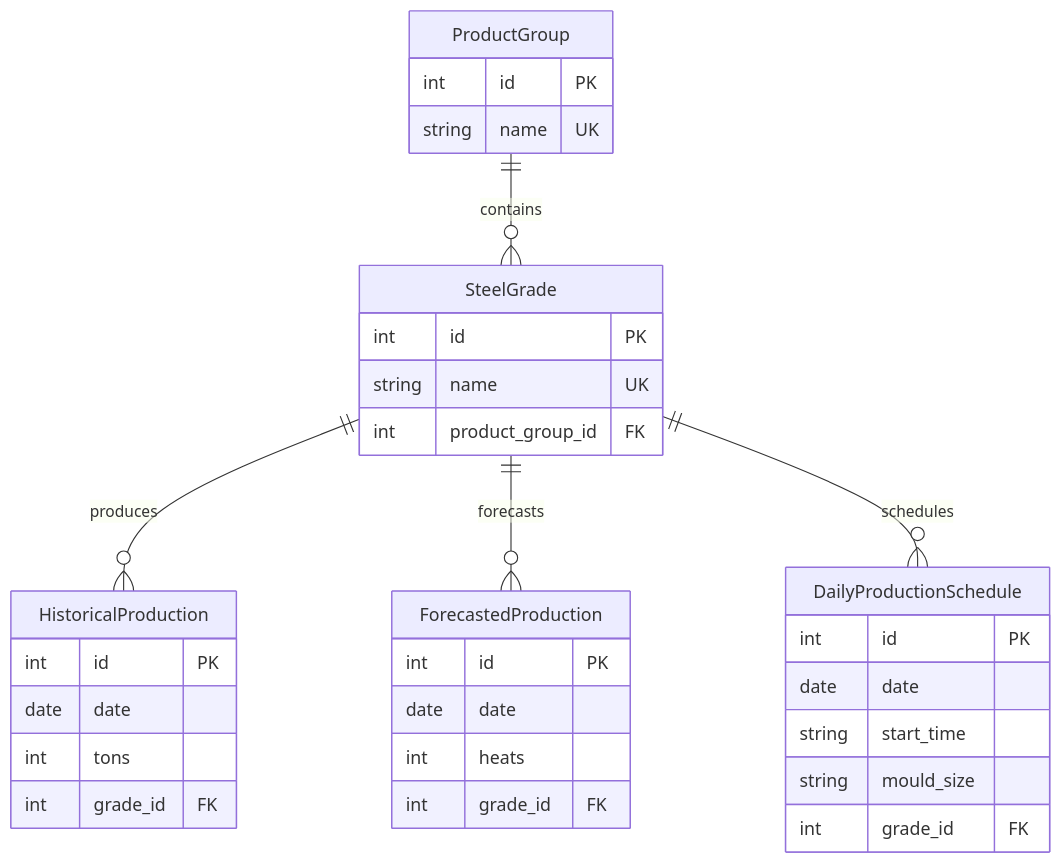
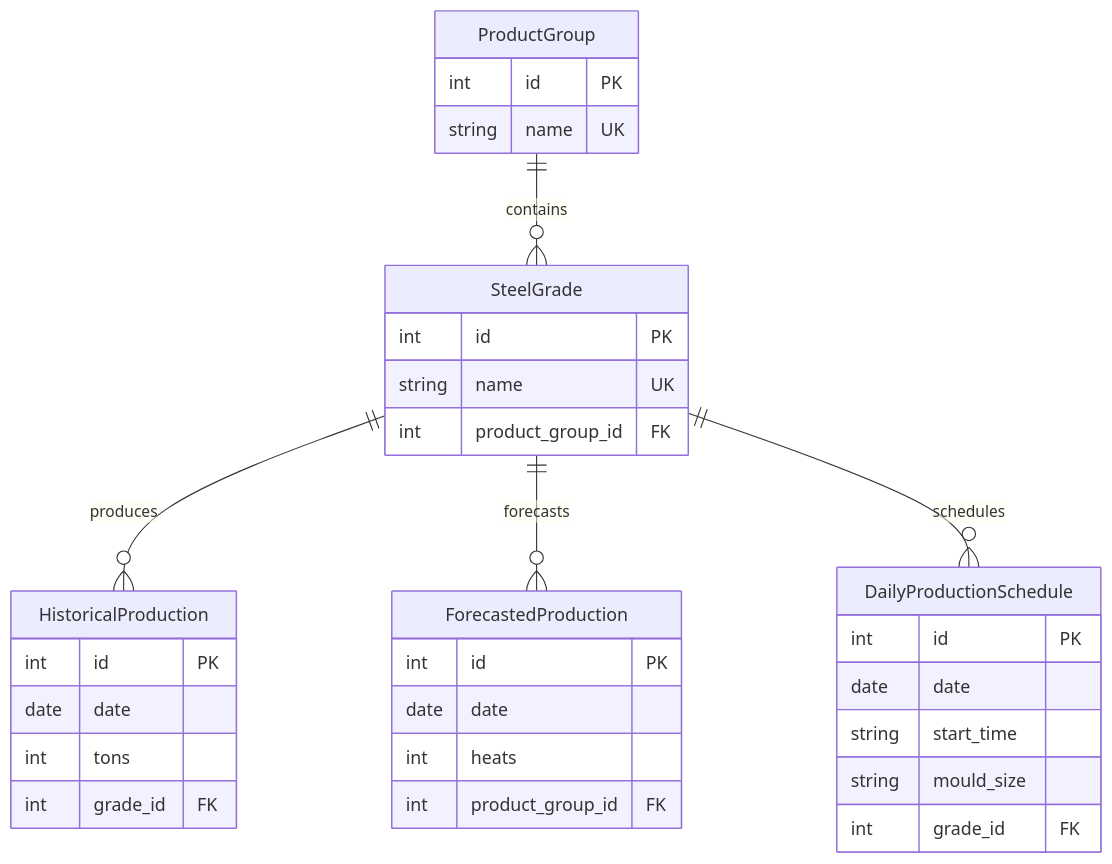
The diagram in README.md (duarte-alex/FDM-CHALLENGE), drawn with Mermaid before and after one commit. The commit also changed other lines of this file and 5 other files, not shown here.

Commit message:
added getter for ForecastedProduction table and now the table FK is referecing product and not grade

````diff
--- a/README.md
+++ b/README.md
@@ -175,40 +175,40 @@
 ```mermaid
 erDiagram
     ProductGroup {
         int id PK
         string name UK
     }
     
     SteelGrade {
         int id PK
         string name UK
         int product_group_id FK
     }
     
     HistoricalProduction {
         int id PK
         date date
         int tons
         int grade_id FK
     }
     
     ForecastedProduction {
         int id PK
         date date
         int heats
-        int grade_id FK
+        int product_group_id FK
     }
     
     DailyProductionSchedule {
         int id PK
         date date
         string start_time
         string mould_size
         int grade_id FK
     }
     
    ProductGroup ||--o{ SteelGrade : "contains"
    SteelGrade ||--o{ HistoricalProduction : "produces"
    SteelGrade ||--o{ ForecastedProduction : "forecasts"
    SteelGrade ||--o{ DailyProductionSchedule : "schedules"
 ```
````
